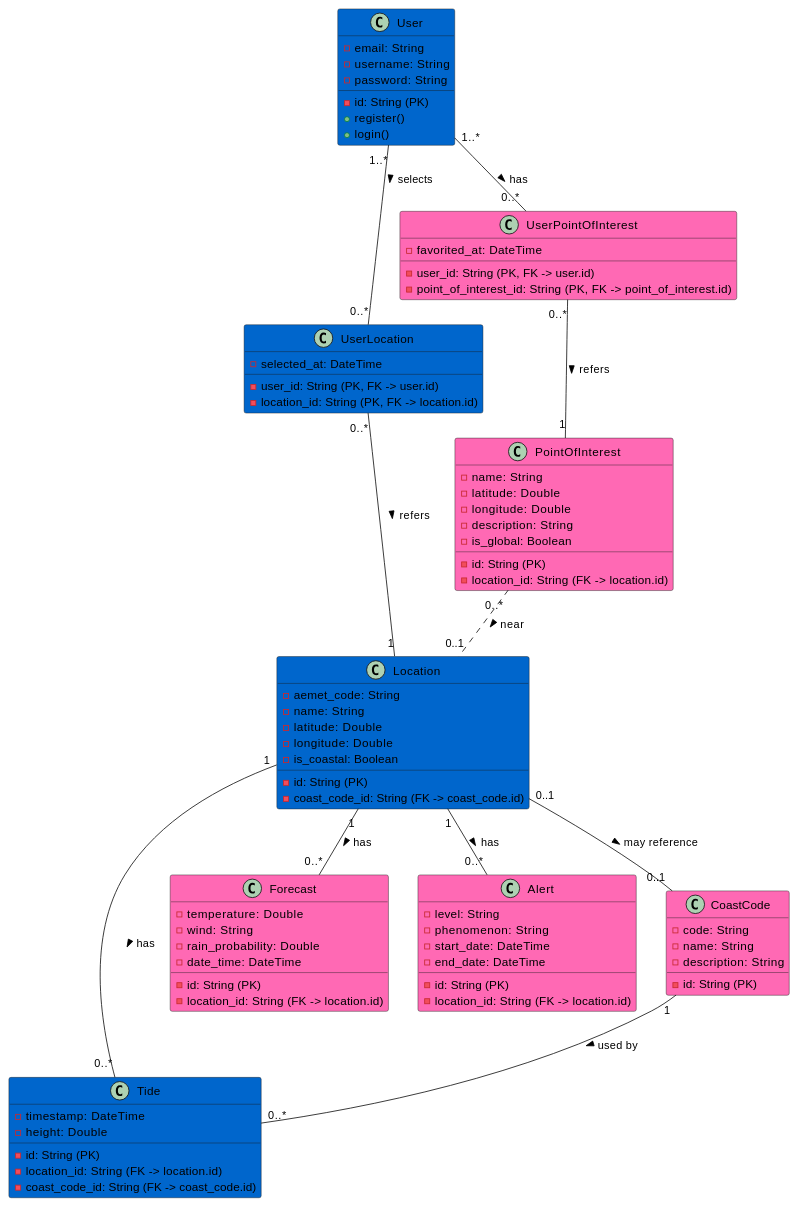
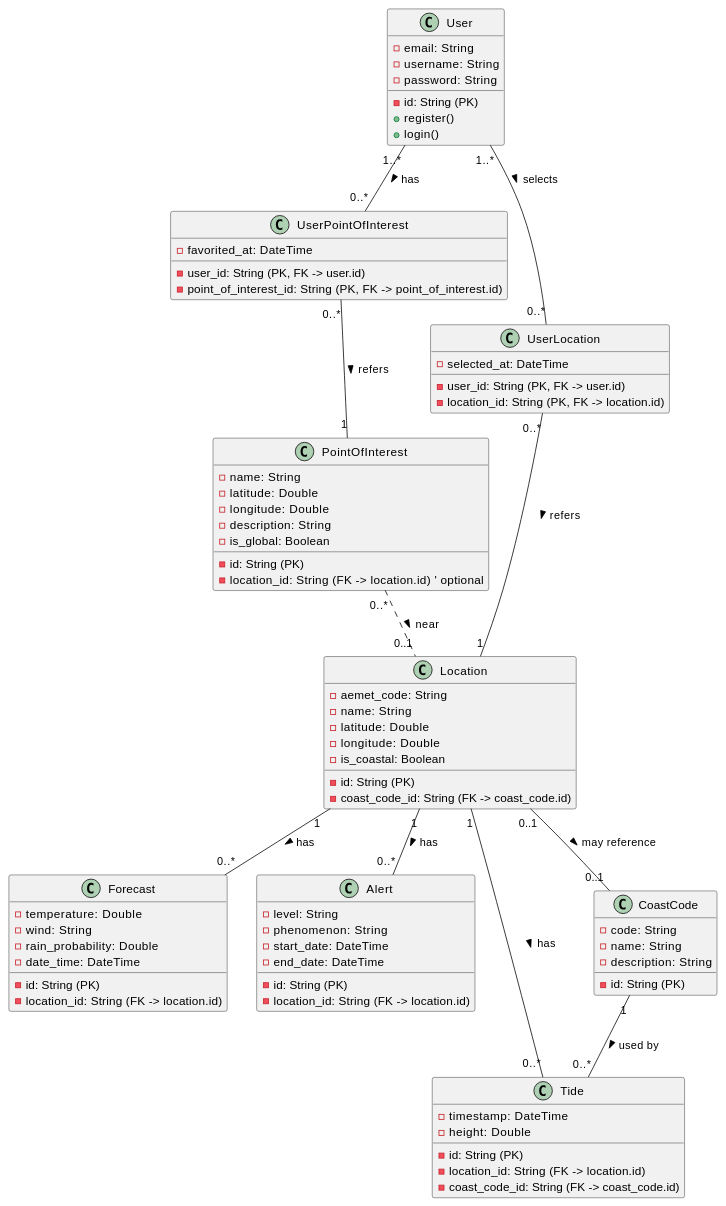
One commit to aangelo21/canary-weather changed the second of 3 diagrams in docs/diagrams.md. Above: the diagram before and after it, drawn with PlantUML. The commit also changed other lines of this file, not shown here.

Commit message:
refactor: Update class diagram in diagrams.md to improve clarity and structure

````diff
--- a/docs/diagrams.md
+++ b/docs/diagrams.md
@@ -46,9 +46,6 @@
 ```plantuml
 @startuml Class Diagram
-
-' Rosa = Gabriel, Azul = Angelo
-
-class User #0066CC {
+class User {
     -id: String (PK)
     -email: String
     -username: String
@@ -57,7 +54,7 @@
     +login()
 }
 
-class Location #0066CC {
+class Location {
     -id: String (PK)
     -aemet_code: String
     -name: String
@@ -67,31 +64,17 @@
     -coast_code_id: String (FK -> coast_code.id)
 }
 
-class UserLocation #0066CC {
-    -user_id: String (PK, FK -> user.id)
-    -location_id: String (PK, FK -> location.id)
-    -selected_at: DateTime
-}
-
-class Tide #0066CC {
-    -id: String (PK)
-    -timestamp: DateTime
-    -height: Double
-    -location_id: String (FK -> location.id)
-    -coast_code_id: String (FK -> coast_code.id)
-}
-
-class PointOfInterest #FF69B4 {
+class PointOfInterest {
     -id: String (PK)
     -name: String
     -latitude: Double
     -longitude: Double
     -description: String
     -is_global: Boolean
-    -location_id: String (FK -> location.id)
+    -location_id: String (FK -> location.id)  ' optional
 }
 
-class Forecast #FF69B4 {
+class Forecast {
     -id: String (PK)
     -temperature: Double
     -wind: String
@@ -100,7 +83,7 @@
     -location_id: String (FK -> location.id)
 }
 
-class Alert #FF69B4 {
+class Alert {
     -id: String (PK)
     -level: String
     -phenomenon: String
@@ -109,17 +92,31 @@
     -location_id: String (FK -> location.id)
 }
 
-class CoastCode #FF69B4 {
+class Tide {
+    -id: String (PK)
+    -timestamp: DateTime
+    -height: Double
+    -location_id: String (FK -> location.id)
+    -coast_code_id: String (FK -> coast_code.id)
+}
+
+class CoastCode {
     -id: String (PK)
     -code: String
     -name: String
     -description: String
 }
 
-class UserPointOfInterest #FF69B4 {
+class UserPointOfInterest {
     -user_id: String (PK, FK -> user.id)
     -point_of_interest_id: String (PK, FK -> point_of_interest.id)
     -favorited_at: DateTime
+}
+
+class UserLocation {
+    -user_id: String (PK, FK -> user.id)
+    -location_id: String (PK, FK -> location.id)
+    -selected_at: DateTime
 }
 
 ' User relationships
@@ -140,6 +137,5 @@
 
 ' POIs can optionally be linked to a location
 PointOfInterest "0..*" .. "0..1" Location : near >
-
 @enduml
 ```
````
